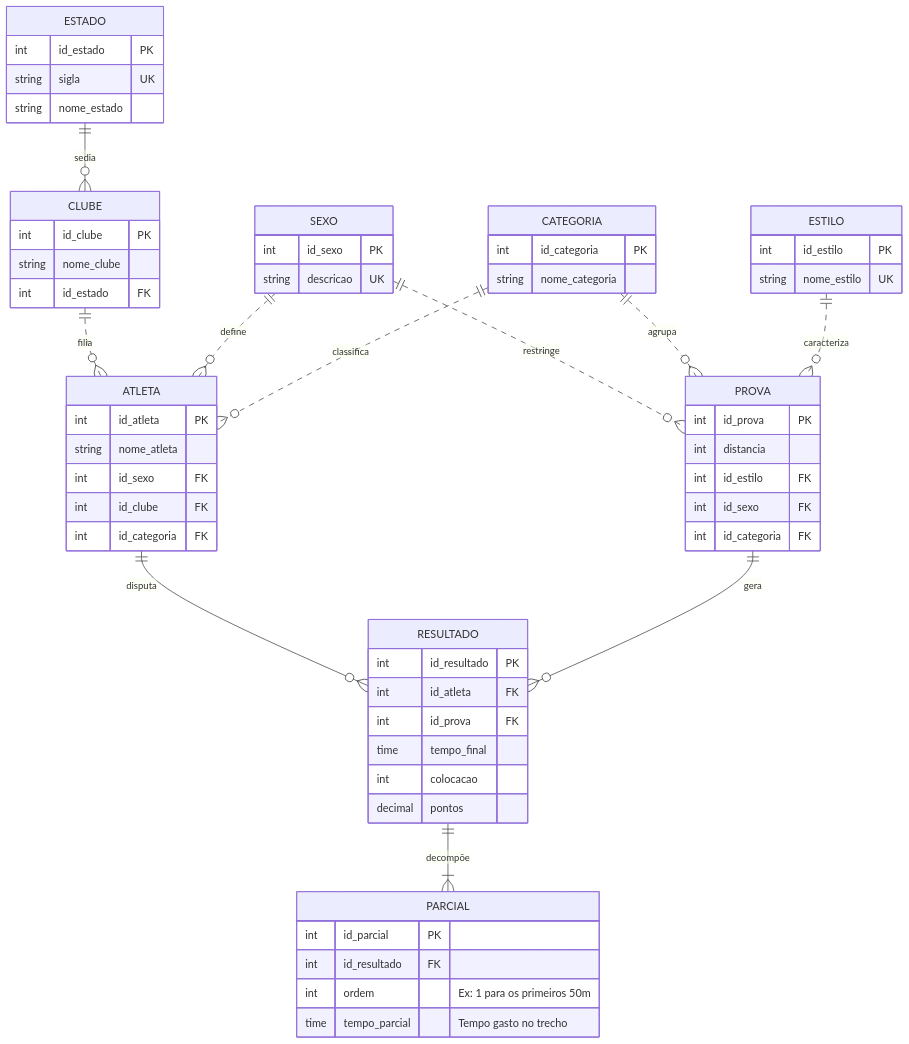
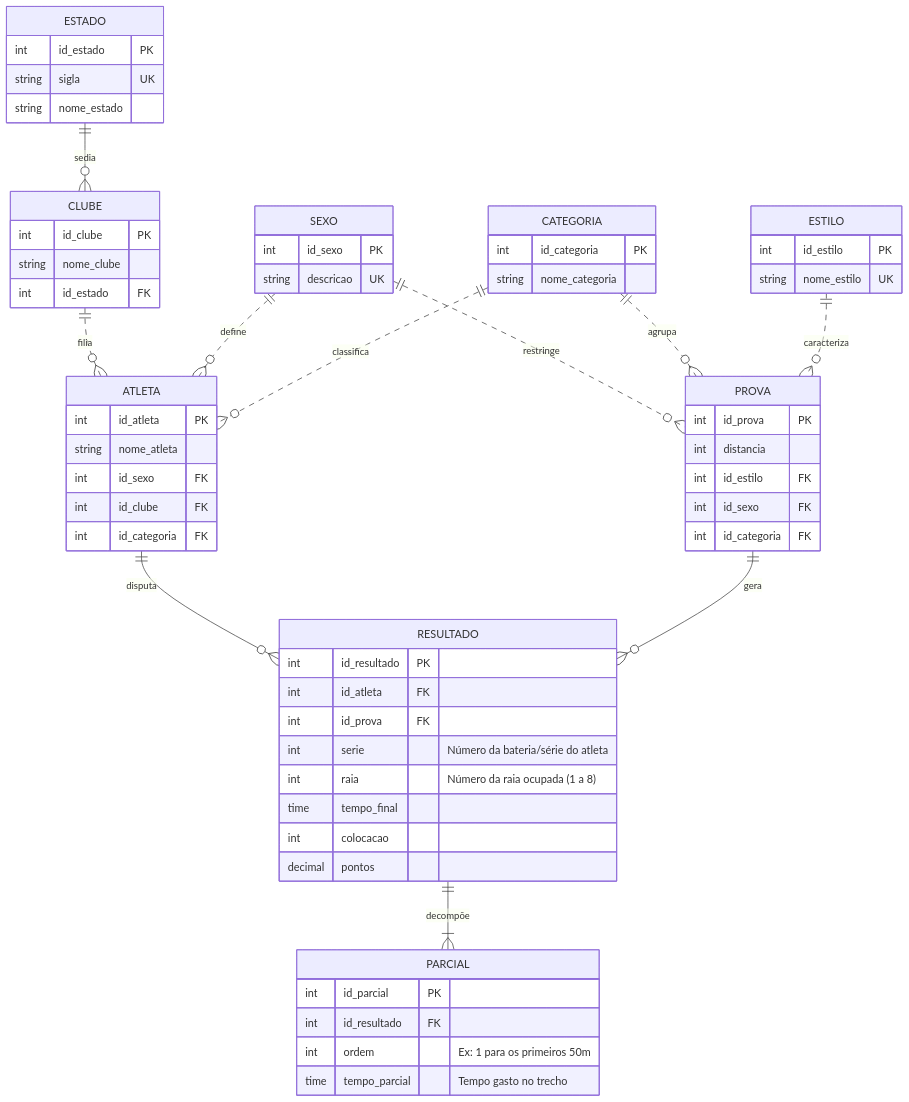
One commit to zaharadcl/SGBD_natacao changed the diagram in README.md. Above: the diagram before and after it, drawn with Mermaid.

Commit message:
Add serie and raia fields to RESULTADO structure.

`````diff
--- a/README.md
+++ b/README.md
@@ -48,72 +48,74 @@
 ````mermaid
 erDiagram
     ESTADO ||--o{ CLUBE : "sedia"
     CLUBE ||..o{ ATLETA : "filia"
     SEXO ||..o{ ATLETA : "define"
     SEXO ||..o{ PROVA : "restringe"
     CATEGORIA ||..o{ ATLETA : "classifica"
     CATEGORIA ||..o{ PROVA : "agrupa"
     ESTILO ||..o{ PROVA : "caracteriza"
     ATLETA ||--o{ RESULTADO : "disputa"
     PROVA ||--o{ RESULTADO : "gera"
     RESULTADO ||--|{ PARCIAL : "decompõe"
 
     ESTADO {
         int id_estado PK
         string sigla UK
         string nome_estado
     }
 
     CLUBE {
         int id_clube PK
         string nome_clube
         int id_estado FK
     }
 
     SEXO {
         int id_sexo PK
         string descricao UK
     }
 
     ESTILO {
         int id_estilo PK
         string nome_estilo UK
     }
 
     CATEGORIA {
         int id_categoria PK
         string nome_categoria
     }
 
     ATLETA {
         int id_atleta PK
         string nome_atleta
         int id_sexo FK
         int id_clube FK
         int id_categoria FK
     }
 
     PROVA {
         int id_prova PK
         int distancia
         int id_estilo FK
         int id_sexo FK
         int id_categoria FK
     }
 
     RESULTADO {
         int id_resultado PK
         int id_atleta FK
         int id_prova FK
+        int serie "Número da bateria/série do atleta"
+        int raia "Número da raia ocupada (1 a 8)"
         time tempo_final
         int colocacao
         decimal pontos
     }
 
     PARCIAL {
         int id_parcial PK
         int id_resultado FK
         int ordem "Ex: 1 para os primeiros 50m"
         time tempo_parcial "Tempo gasto no trecho"
     }
 ````
`````
